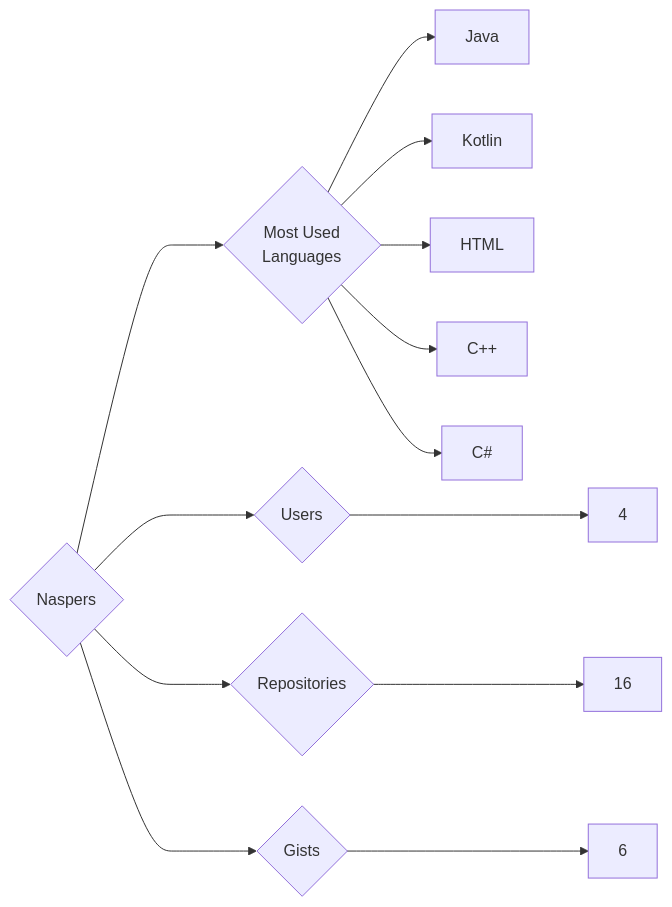
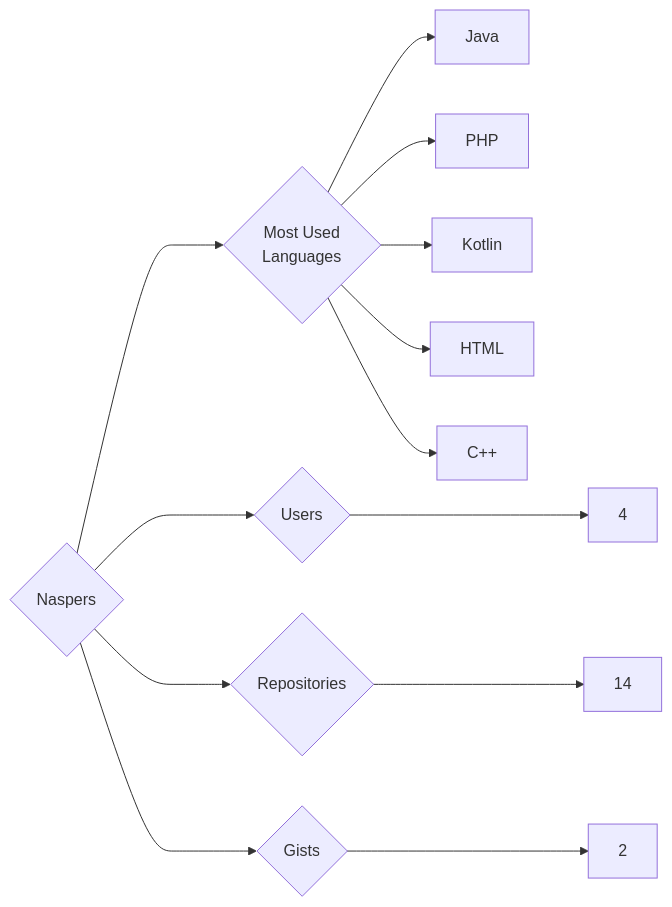
The diagram in targets/Naspers/README.md (trickest/insiders), drawn with Mermaid before and after one commit. The commit also changed 796 other files, not shown here.

````diff
--- a/targets/Naspers/README.md
+++ b/targets/Naspers/README.md
@@ -3,13 +3,13 @@
 ```mermaid
 graph LR
 COMPANY_NAME{Naspers}
 COMPANY_NAME ---> U{Users} ---> UN[4]
-COMPANY_NAME ---> R{Repositories} ---> RN[16]
-COMPANY_NAME ---> G{Gists} ---> GN[6]
+COMPANY_NAME ---> R{Repositories} ---> RN[14]
+COMPANY_NAME ---> G{Gists} ---> GN[2]
 COMPANY_NAME ---> ML{Most Used<br>Languages}
 ML --> Java[Java]
+ML --> PHP[PHP]
 ML --> Kotlin[Kotlin]
 ML --> HTML[HTML]
 ML --> C++[C++]
-ML --> C#[C#]
 ```
````
